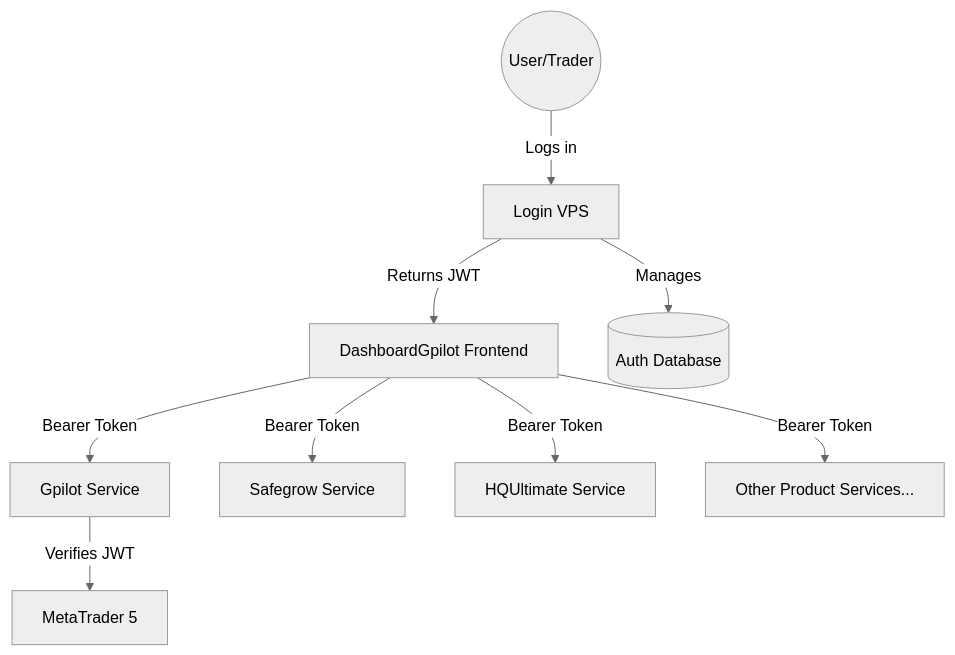
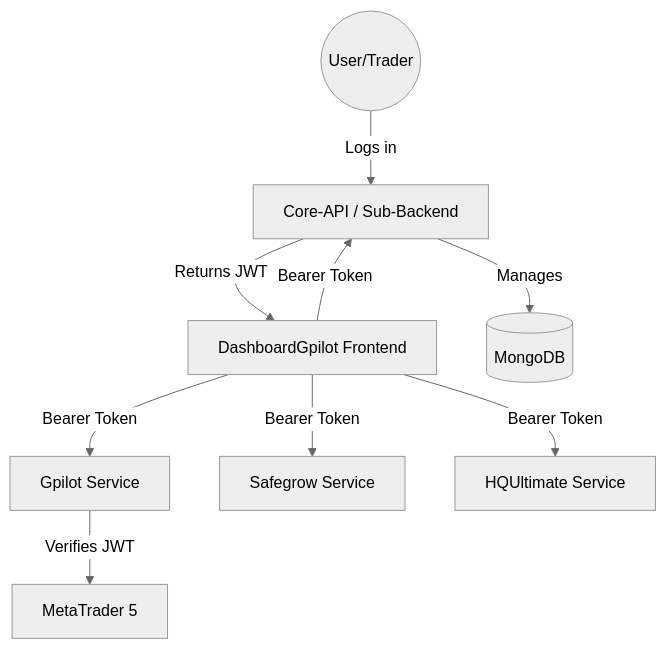
Before and after one commit to devstrikepro/DashboardGPilot: the diagram in ARCHITECTURE.md, drawn with Mermaid (neutral theme). The commit also changed other lines of this file and 12 other files, not shown here.

````diff
--- a/ARCHITECTURE.md
+++ b/ARCHITECTURE.md
@@ -9,13 +9,13 @@
 ```mermaid
 graph TD
-    User((User/Trader)) -->|Logs in| LoginVPS[Login VPS]
-    LoginVPS -->|Returns JWT| Frontend[DashboardGpilot Frontend]
+    User((User/Trader)) -->|Logs in| CoreAPI[Core-API / Sub-Backend]
+    CoreAPI -->|Returns JWT| Frontend[DashboardGpilot Frontend]
     
     Frontend -->|Bearer Token| GpilotAPI[Gpilot Service]
     Frontend -->|Bearer Token| SafegrowAPI[Safegrow Service]
     Frontend -->|Bearer Token| HQUltimateAPI[HQUltimate Service]
-    Frontend -->|Bearer Token| Others[Other Product Services...]
+    Frontend -->|Bearer Token| CoreAPI
     
     GpilotAPI -->|Verifies JWT| MT5[MetaTrader 5]
-    LoginVPS -->|Manages| AuthDB[(Auth Database)]
+    CoreAPI -->|Manages| MainDB[(MongoDB)]
 ```
````
